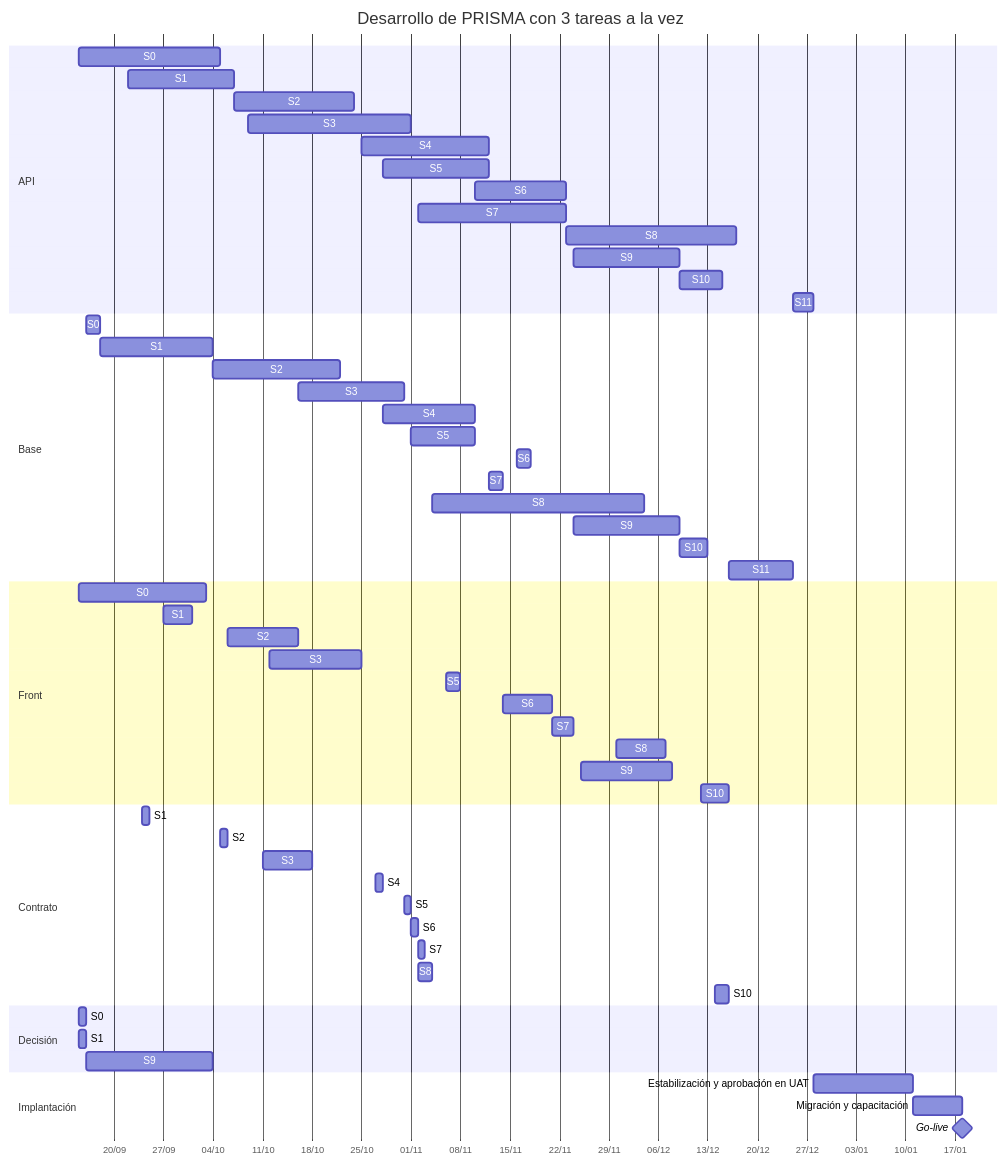
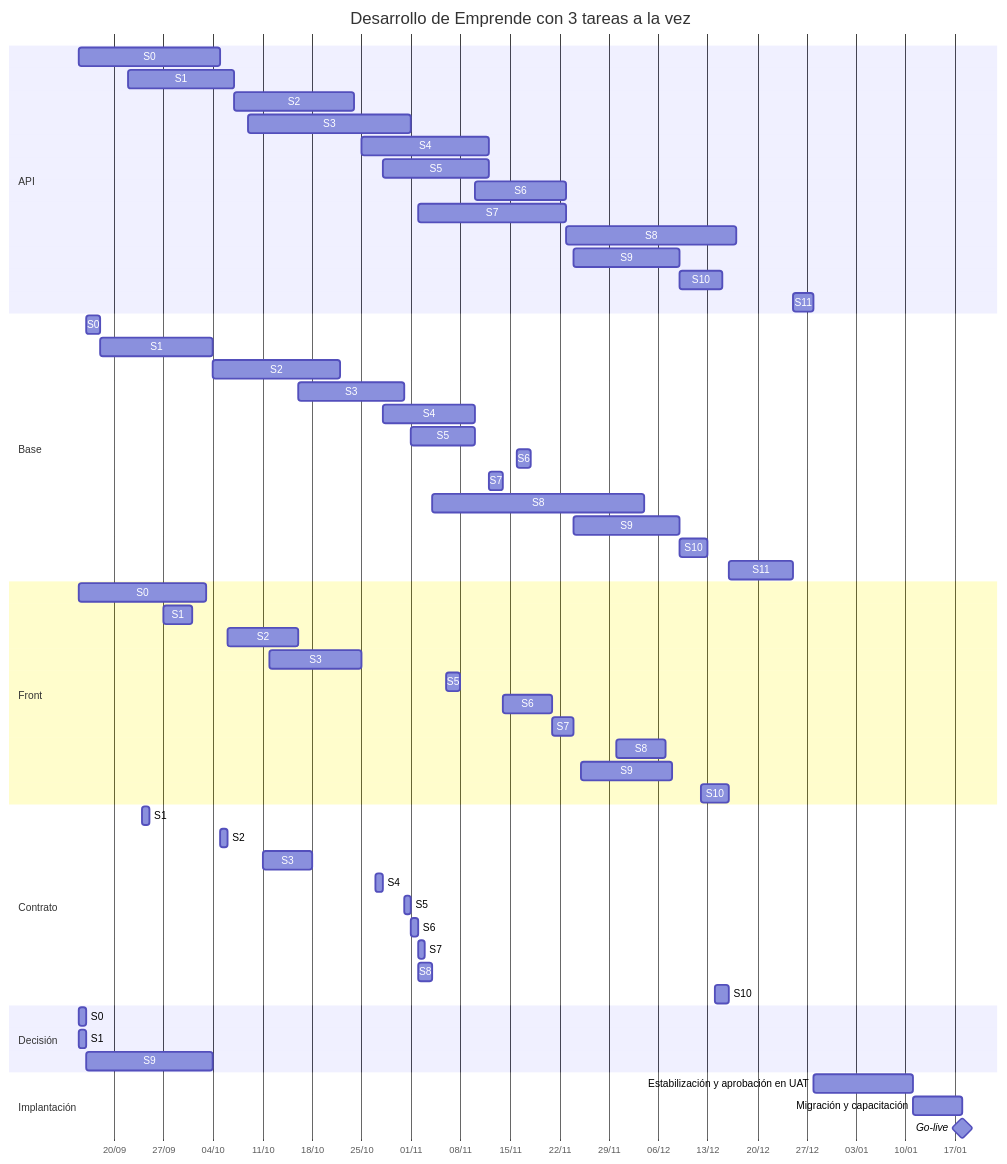
Before and after one commit to Juanchope039/Emprende-Documentation: the first of 2 diagrams in docs/08-plan-de-desarrollo.md, drawn with Mermaid. The commit also changed other lines of this file and 82 other files, not shown here.

````diff
--- a/docs/08-plan-de-desarrollo.md
+++ b/docs/08-plan-de-desarrollo.md
@@ -241,67 +241,67 @@
 ```mermaid
 gantt
-    title Desarrollo de PRISMA con 3 tareas a la vez
+    title Desarrollo de Emprende con 3 tareas a la vez
     dateFormat YYYY-MM-DD
     axisFormat %d/%m
 
     section API
     S0 :api0, 2026-09-15, 2026-10-05
     S1 :api1, 2026-09-22, 2026-10-07
     S2 :api2, 2026-10-07, 2026-10-24
     S3 :api3, 2026-10-09, 2026-11-01
     S4 :api4, 2026-10-25, 2026-11-12
     S5 :api5, 2026-10-28, 2026-11-12
     S6 :api6, 2026-11-10, 2026-11-23
     S7 :api7, 2026-11-02, 2026-11-23
     S8 :api8, 2026-11-23, 2026-12-17
     S9 :api9, 2026-11-24, 2026-12-09
     S10 :api10, 2026-12-09, 2026-12-15
     S11 :api11, 2026-12-25, 2026-12-28
 
     section Base
     S0 :base0, 2026-09-16, 2026-09-18
     S1 :base1, 2026-09-18, 2026-10-04
     S2 :base2, 2026-10-04, 2026-10-22
     S3 :base3, 2026-10-16, 2026-10-31
     S4 :base4, 2026-10-28, 2026-11-10
     S5 :base5, 2026-11-01, 2026-11-10
     S6 :base6, 2026-11-16, 2026-11-18
     S7 :base7, 2026-11-12, 2026-11-14
     S8 :base8, 2026-11-04, 2026-12-04
     S9 :base9, 2026-11-24, 2026-12-09
     S10 :base10, 2026-12-09, 2026-12-13
     S11 :base11, 2026-12-16, 2026-12-25
 
     section Front
     S0 :front0, 2026-09-15, 2026-10-03
     S1 :front1, 2026-09-27, 2026-10-01
     S2 :front2, 2026-10-06, 2026-10-16
     S3 :front3, 2026-10-12, 2026-10-25
     S5 :front5, 2026-11-06, 2026-11-08
     S6 :front6, 2026-11-14, 2026-11-21
     S7 :front7, 2026-11-21, 2026-11-24
     S8 :front8, 2026-11-30, 2026-12-07
     S9 :front9, 2026-11-25, 2026-12-08
     S10 :front10, 2026-12-12, 2026-12-16
 
     section Contrato
     S1 :contrato1, 2026-09-24, 2026-09-25
     S2 :contrato2, 2026-10-05, 2026-10-06
     S3 :contrato3, 2026-10-11, 2026-10-18
     S4 :contrato4, 2026-10-27, 2026-10-28
     S5 :contrato5, 2026-10-31, 2026-11-01
     S6 :contrato6, 2026-11-01, 2026-11-02
     S7 :contrato7, 2026-11-02, 2026-11-03
     S8 :contrato8, 2026-11-02, 2026-11-04
     S10 :contrato10, 2026-12-14, 2026-12-16
 
     section Decisión
     S0 :decisin0, 2026-09-15, 2026-09-16
     S1 :decisin1, 2026-09-15, 2026-09-16
     S9 :decisin9, 2026-09-16, 2026-10-04
 
     section Implantación
     Estabilización y aprobación en UAT :est, 2026-12-28, 2027-01-11
     Migración y capacitación :mig, 2027-01-11, 2027-01-18
     Go-live :milestone, 2027-01-18, 0d
 ```
````
